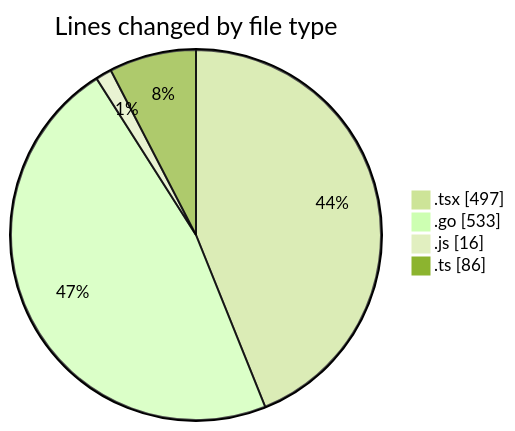
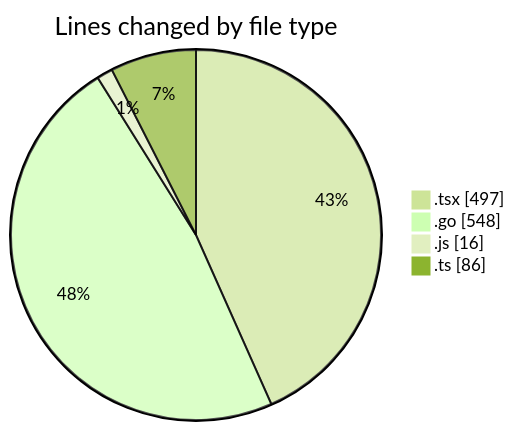
Before and after one commit to robertbonfada/code-tracking: the first of 2 diagrams in 2025-03-04/termonied_testador/README.md, drawn with Mermaid (forest theme). The commit also changed other lines of this file and 1 other file, not shown here.

````diff
--- a/2025-03-04/termonied_testador/README.md
+++ b/2025-03-04/termonied_testador/README.md
@@ -26,8 +26,8 @@
 ```mermaid
 pie showData
 title Lines changed by file type
 ".tsx" : 497
-".go" : 533
+".go" : 548
 ".js" : 16
 ".ts" : 86
 ```
````
